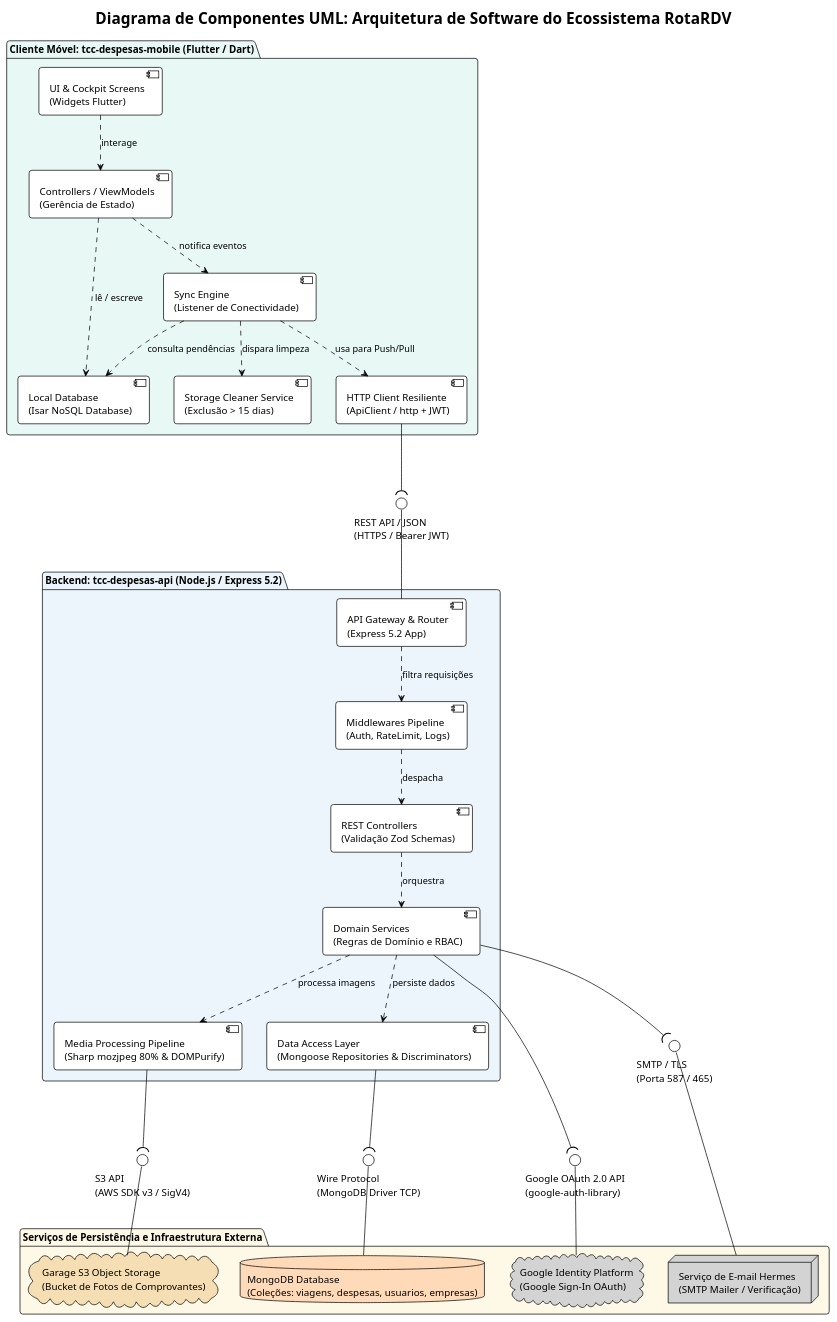
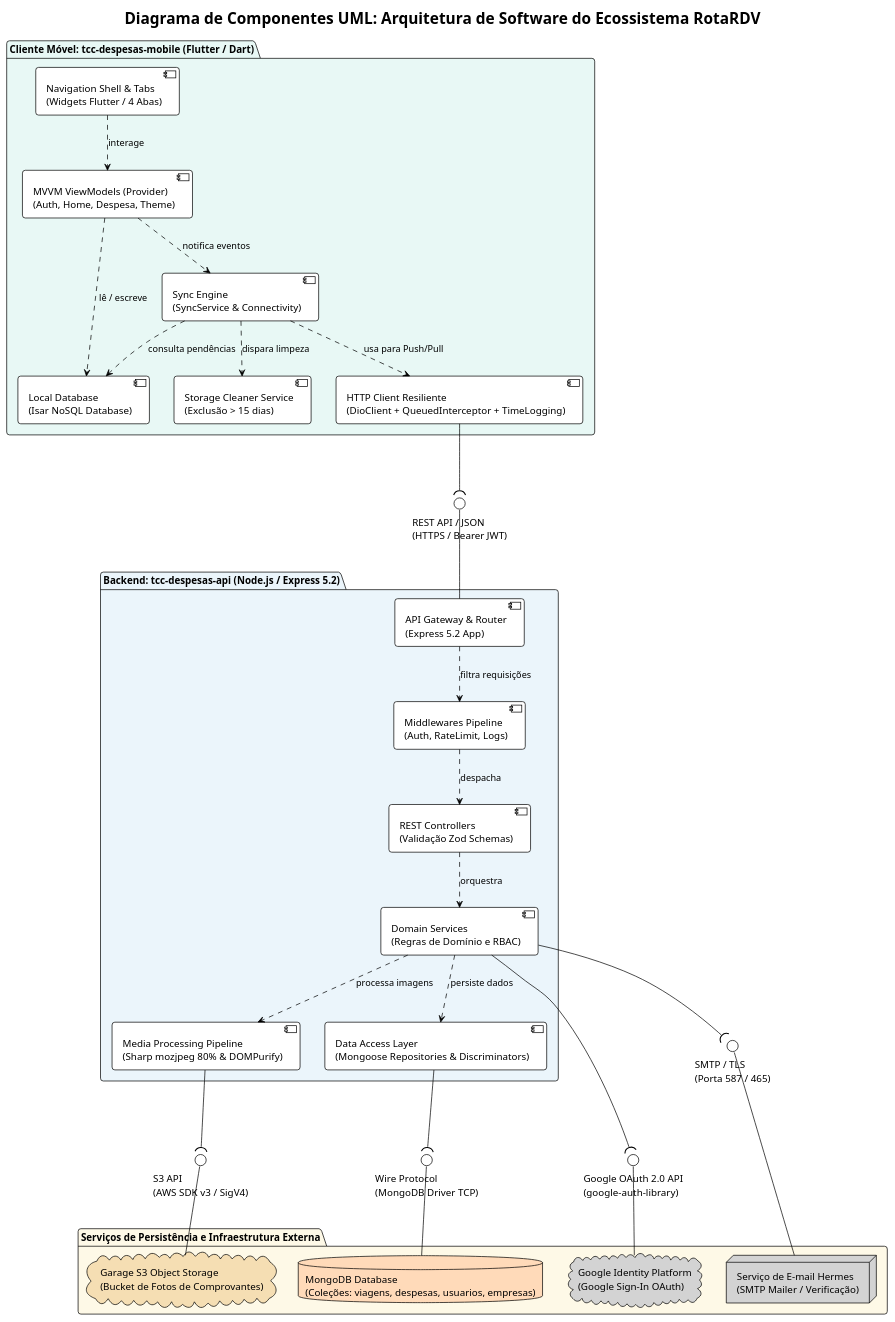
Before and after one commit to Luisdevux/RotaRDV-API: the diagram in documentacao/diagramas/componentes/diagrama_componentes.puml, drawn with PlantUML. The commit also changed 12 other files, not shown here.

Commit message:
docs(Diagramas): Atualizando diagramas para incluir a arquitetura de conectividade do mobile Dio, que antes era http

```diff
--- a/documentacao/diagramas/componentes/diagrama_componentes.puml
+++ b/documentacao/diagramas/componentes/diagrama_componentes.puml
@@ -1,70 +1,70 @@
 @startuml
 !theme plain
 skinparam componentStyle uml2
 skinparam defaultFontName Arial
 skinparam roundCorner 8
 skinparam shadowing false
 
 title **Diagrama de Componentes UML: Arquitetura de Software do Ecossistema RotaRDV**
 
 package "Cliente Móvel: tcc-despesas-mobile (Flutter / Dart)" #E8F8F5 {
-  [UI & Cockpit Screens\n(Widgets Flutter)] as Comp_UI
-  [Controllers / ViewModels\n(Gerência de Estado)] as Comp_VM
-  [Sync Engine\n(Listener de Conectividade)] as Comp_Sync
+  [Navigation Shell & Tabs\n(Widgets Flutter / 4 Abas)] as Comp_UI
+  [MVVM ViewModels (Provider)\n(Auth, Home, Despesa, Theme)] as Comp_VM
+  [Sync Engine\n(SyncService & Connectivity)] as Comp_Sync
   [Storage Cleaner Service\n(Exclusão > 15 dias)] as Comp_Cleaner
   [Local Database\n(Isar NoSQL Database)] as Comp_Isar
-  [HTTP Client Resiliente\n(ApiClient / http + JWT)] as Comp_HttpClient
+  [HTTP Client Resiliente\n(DioClient + QueuedInterceptor + TimeLogging)] as Comp_Dio
 
   Comp_UI ..> Comp_VM : interage
   Comp_VM ..> Comp_Isar : lê / escreve
   Comp_VM ..> Comp_Sync : notifica eventos
   Comp_Sync ..> Comp_Isar : consulta pendências
   Comp_Sync ..> Comp_Cleaner : dispara limpeza
-  Comp_Sync ..> Comp_HttpClient : usa para Push/Pull
+  Comp_Sync ..> Comp_Dio : usa para Push/Pull
 }
 
 package "Backend: tcc-despesas-api (Node.js / Express 5.2)" #EBF5FB {
   [API Gateway & Router\n(Express 5.2 App)] as Comp_Router
   [Middlewares Pipeline\n(Auth, RateLimit, Logs)] as Comp_Middlewares
   [REST Controllers\n(Validação Zod Schemas)] as Comp_Controllers
   [Domain Services\n(Regras de Domínio e RBAC)] as Comp_Services
   [Media Processing Pipeline\n(Sharp mozjpeg 80% & DOMPurify)] as Comp_Sharp
   [Data Access Layer\n(Mongoose Repositories & Discriminators)] as Comp_Repo
 
   Comp_Router ..> Comp_Middlewares : filtra requisições
   Comp_Middlewares ..> Comp_Controllers : despacha
   Comp_Controllers ..> Comp_Services : orquestra
   Comp_Services ..> Comp_Sharp : processa imagens
   Comp_Services ..> Comp_Repo : persiste dados
 }
 
 package "Serviços de Persistência e Infraestrutura Externa" #FEF9E7 {
   database "MongoDB Database\n(Coleções: viagens, despesas, usuarios, empresas)" as Comp_Mongo #PeachPuff
   cloud "Garage S3 Object Storage\n(Bucket de Fotos de Comprovantes)" as Comp_GarageS3 #Wheat
   cloud "Google Identity Platform\n(Google Sign-In OAuth)" as Comp_GoogleAuth #LightGray
   node "Serviço de E-mail Hermes\n(SMTP Mailer / Verificação)" as Comp_SMTP #LightGray
 }
 
 ' Interfaces e Protocolos
 interface "REST API / JSON\n(HTTPS / Bearer JWT)" as Inter_REST
 interface "S3 API\n(AWS SDK v3 / SigV4)" as Inter_S3
 interface "Wire Protocol\n(MongoDB Driver TCP)" as Inter_Mongo
 interface "Google OAuth 2.0 API\n(google-auth-library)" as Inter_GoogleAuth
 interface "SMTP / TLS\n(Porta 587 / 465)" as Inter_SMTP
 
-Comp_HttpClient --( Inter_REST
+Comp_Dio --( Inter_REST
 Inter_REST -- Comp_Router
 
 Comp_Repo --( Inter_Mongo
 Inter_Mongo -- Comp_Mongo
 
 Comp_Sharp --( Inter_S3
 Inter_S3 -- Comp_GarageS3
 
 Comp_Services --( Inter_GoogleAuth
 Inter_GoogleAuth -- Comp_GoogleAuth
 
 Comp_Services --( Inter_SMTP
 Inter_SMTP -- Comp_SMTP
 
 @enduml
```
